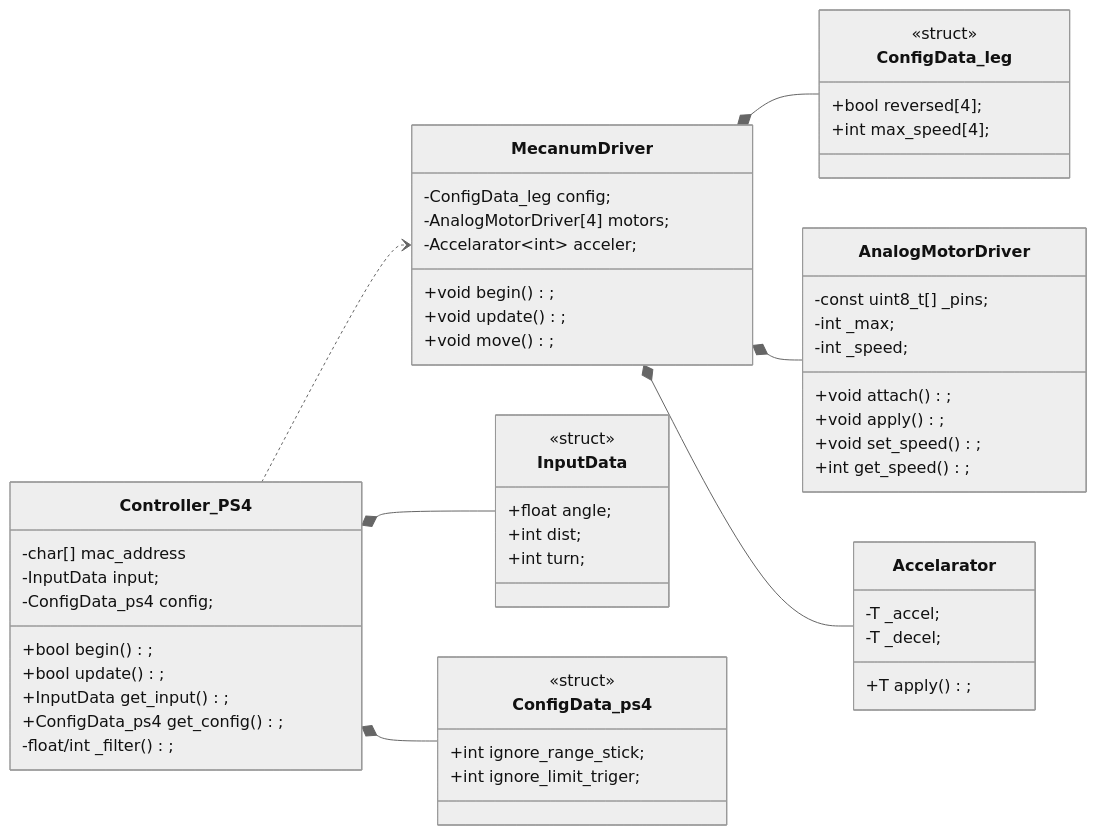
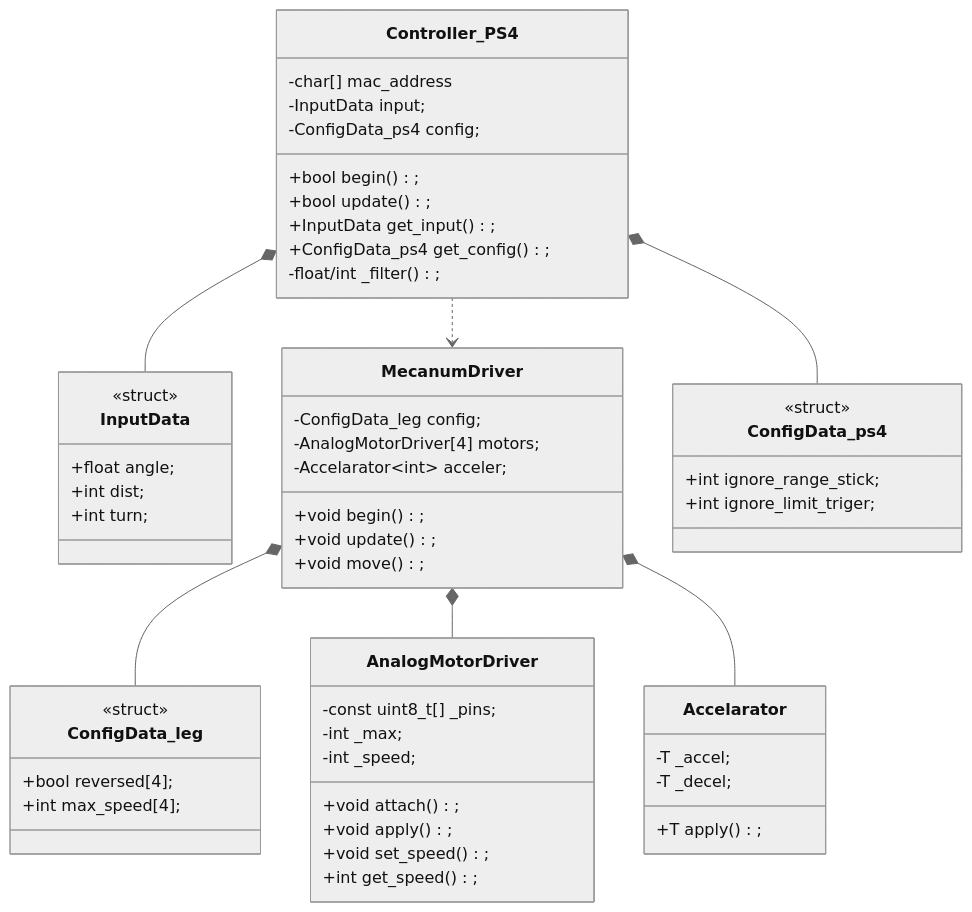
Before and after one commit to Tomoooji/Planaria_renewal: the second of 2 diagrams in README.md, drawn with Mermaid (neutral theme).

Commit message:
adjust placement

````diff
--- a/README.md
+++ b/README.md
@@ -31,60 +31,60 @@
 ```mermaid
 classDiagram
-    direction LR
+    direction TD
+    Controller_PS4 *-- InputData
+    MecanumDriver *-- ConfigData_leg
+    Controller_PS4 *-- ConfigData_ps4
     Controller_PS4 ..> MecanumDriver
-    Controller_PS4 *-- InputData
-    Controller_PS4 *-- ConfigData_ps4
-    MecanumDriver *-- ConfigData_leg
     MecanumDriver *-- AnalogMotorDriver
     MecanumDriver *-- Accelarator
 
     class Controller_PS4{
         -char[] mac_address
         -InputData input;
         -ConfigData_ps4 config;
         +bool begin();
         +bool update();
         +InputData get_input();
         +ConfigData_ps4 get_config();
         -float/int _filter();
     }
     class InputData{
         <<struct>>
         +float angle;
         +int dist;
         +int turn;
     }
     class ConfigData_ps4{
         <<struct>>
         +int ignore_range_stick;
         +int ignore_limit_triger;
     }
     class MecanumDriver{
         -ConfigData_leg config;
         -AnalogMotorDriver[4] motors;
         -Accelarator~int~ acceler;
         +void begin();
         +void update();
         +void move();
     }
     class ConfigData_leg{
         <<struct>>
         +bool reversed[4];
         +int max_speed[4];
     }
     class AnalogMotorDriver{
         -const uint8_t[] _pins;
         -int _max;
         -int _speed;
         +void attach();
         +void apply();
         +void set_speed();
         +int get_speed();
     }
     class Accelarator~T~{
         -T _accel;
         -T _decel;
         +T apply();
     }
 
 ```
````
